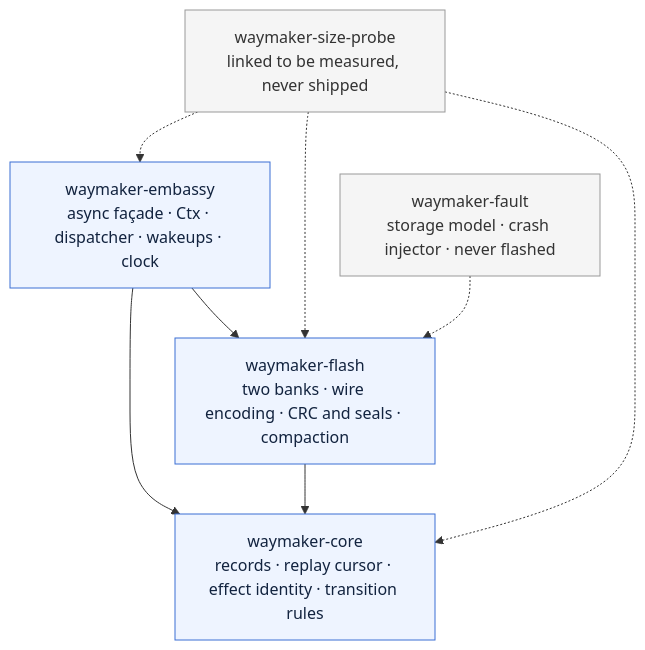
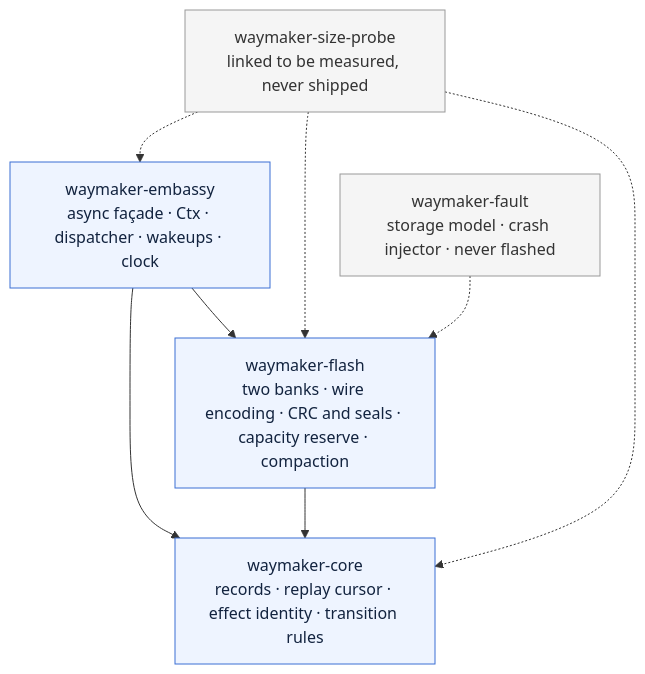
The first of 11 diagrams in docs/architecture.md (madmax983/waymaker), drawn with Mermaid before and after one commit. The commit also changed 16 other files, not shown here.

First line of the commit message:
Capacity reserve and HistoryNearCapacity (#25) (#76)

````diff
--- a/docs/architecture.md
+++ b/docs/architecture.md
@@ -45,22 +45,22 @@
 ```mermaid
 graph TD
   waymaker-embassy["waymaker-embassy<br/>async façade · Ctx · dispatcher · wakeups · clock"]
-  waymaker-flash["waymaker-flash<br/>two banks · wire encoding · CRC and seals · compaction"]
+  waymaker-flash["waymaker-flash<br/>two banks · wire encoding · CRC and seals · capacity reserve · compaction"]
   waymaker-core["waymaker-core<br/>records · replay cursor · effect identity · transition rules"]
   waymaker-size-probe["waymaker-size-probe<br/>linked to be measured, never shipped"]
   waymaker-fault["waymaker-fault<br/>storage model · crash injector · never flashed"]
 
   waymaker-embassy --> waymaker-core
   waymaker-embassy --> waymaker-flash
   waymaker-flash --> waymaker-core
 
   waymaker-size-probe -.-> waymaker-embassy
   waymaker-size-probe -.-> waymaker-flash
   waymaker-size-probe -.-> waymaker-core
   waymaker-fault -.-> waymaker-flash
 
   classDef layer fill:#eef4ff,stroke:#3b6fd4,color:#12233f;
   classDef tool fill:#f5f5f5,stroke:#999999,color:#333333;
   class waymaker-embassy,waymaker-flash,waymaker-core layer;
   class waymaker-size-probe,waymaker-fault tool;
 ```
````
